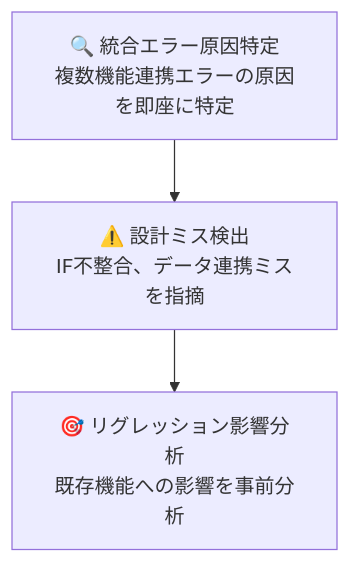
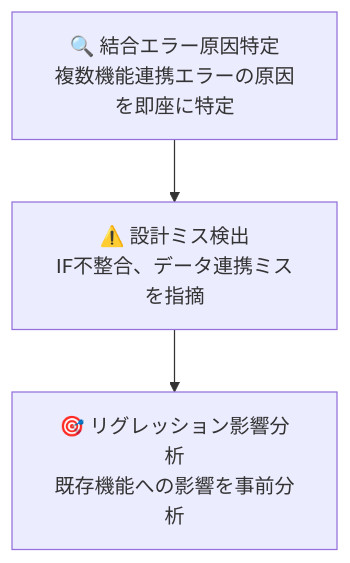
Before and after one commit to nablarch/nabledge-dev: the fourth of 5 diagrams in doc/tobe-pattern-1.md, drawn with Mermaid. The commit also changed other lines of this file and 2 other files, not shown here.

Commit message:
Fix terminology: 統合エラー → 結合エラー
Changed "統合エラー" (integration error) to "結合エラー" (integration test error)
throughout all documents for consistency with "結合テスト" terminology.

Files updated:
- process-activities.md
- tobe-pattern-1.md
- tobe-pattern-5.md

````diff
--- a/doc/tobe-pattern-1.md
+++ b/doc/tobe-pattern-1.md
@@ -41,9 +41,9 @@
 ```mermaid
 flowchart TB
-    it1["🔍 統合エラー原因特定<br/>複数機能連携エラーの原因を即座に特定"]
+    it1["🔍 結合エラー原因特定<br/>複数機能連携エラーの原因を即座に特定"]
     it2["⚠️ 設計ミス検出<br/>IF不整合、データ連携ミスを指摘"]
     it3["🎯 リグレッション影響分析<br/>既存機能への影響を事前分析"]
 
     it1 --> it2
     it2 --> it3
 ```
````
